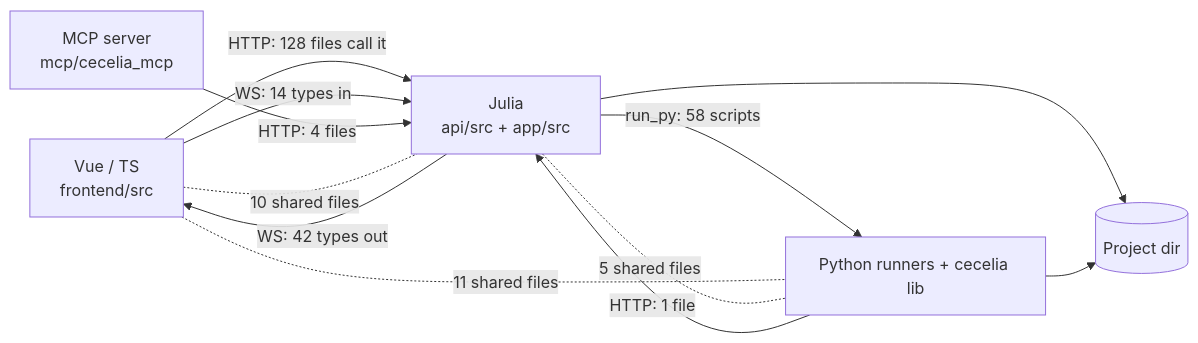
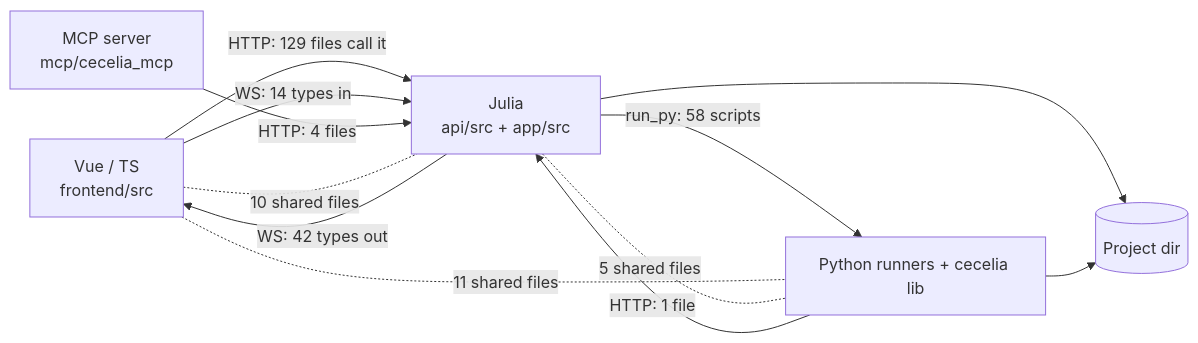
Before and after one commit to schienstockd/cecelia: the diagram in docs/architecture/boundaries.md, drawn with Mermaid. The commit also changed other lines of this file and 19 other files, not shown here.

````diff
--- a/docs/architecture/boundaries.md
+++ b/docs/architecture/boundaries.md
@@ -11,19 +11,19 @@
 ```mermaid
 flowchart LR
   vue["Vue / TS<br/>frontend/src"]
   jl["Julia<br/>api/src + app/src"]
   py["Python runners + cecelia lib"]
   mcp["MCP server<br/>mcp/cecelia_mcp"]
   disk[("Project dir")]
-  vue -->|"HTTP: 128 files call it"| jl
+  vue -->|"HTTP: 129 files call it"| jl
   vue -->|"WS: 14 types in"| jl
   jl -->|"WS: 42 types out"| vue
   jl -->|"run_py: 58 scripts"| py
   mcp -->|"HTTP: 4 files"| jl
   py -->|"HTTP: 1 file"| jl
   vue -.-|"11 shared files"| py
   jl -.-|"5 shared files"| py
   vue -.-|"10 shared files"| jl
   jl --> disk
   py --> disk
 ```
````
